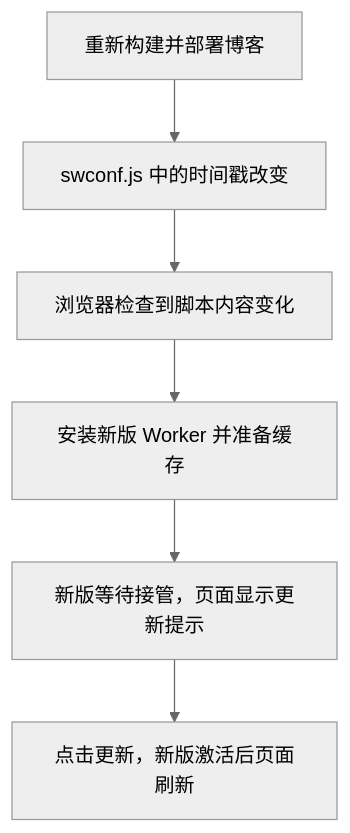
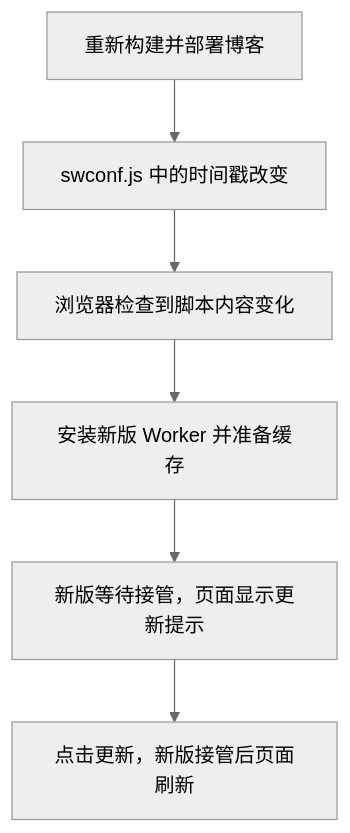
The first of 2 diagrams in _posts/2026-11-10-chirpy-pwa-service-worker-update.md (PigKnightX/PigKnightX.github.io), drawn with Mermaid (neutral theme) before and after one commit. The commit also changed other lines of this file, not shown here.

````diff
--- a/_posts/2026-11-10-chirpy-pwa-service-worker-update.md
+++ b/_posts/2026-11-10-chirpy-pwa-service-worker-update.md
@@ -108,8 +110,8 @@
 ```mermaid
 flowchart TD
   A[重新构建并部署博客] --> B[swconf.js 中的时间戳改变]
   B --> C[浏览器检查到脚本内容变化]
   C --> D[安装新版 Worker 并准备缓存]
   D --> E[新版等待接管，页面显示更新提示]
-  E --> F[点击更新，新版激活后页面刷新]
+  E --> F[点击更新，新版接管后页面刷新]
 ```
````
